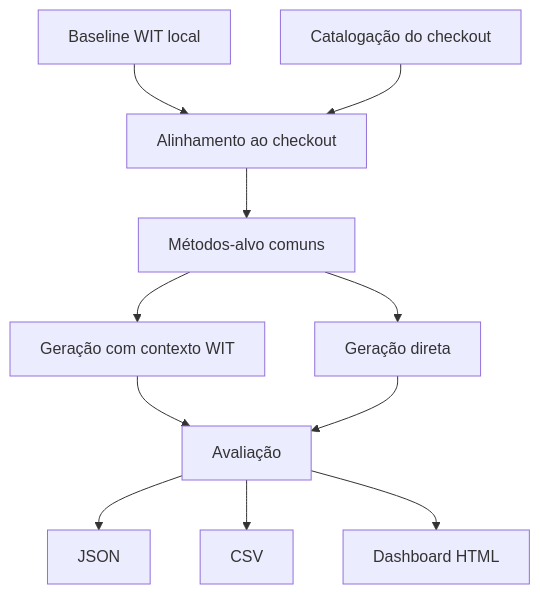
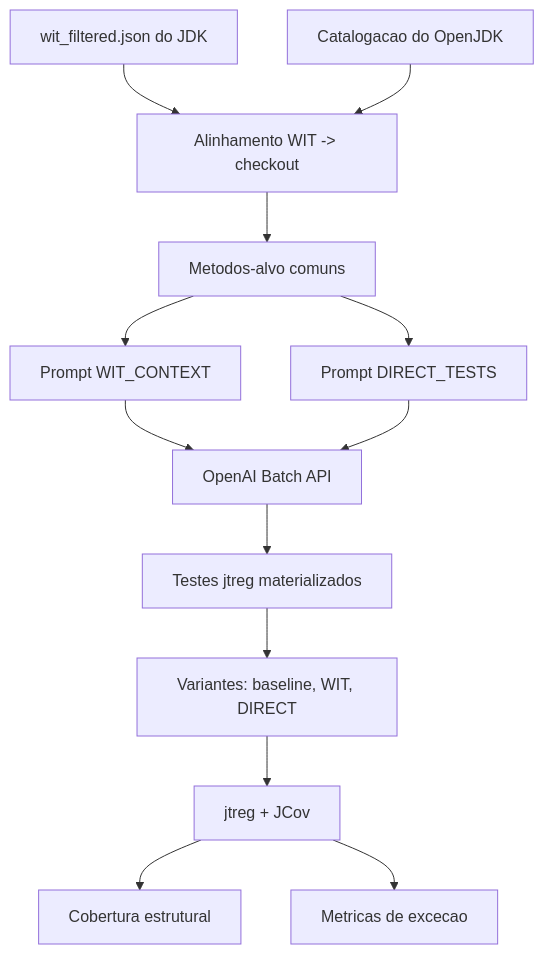
Before and after one commit to marcelomamorim/wit-llm: the diagram in docs/overview/index.md, drawn with Mermaid. The commit also changed other lines of this file and 34 other files, not shown here.

````diff
--- a/docs/overview/index.md
+++ b/docs/overview/index.md
@@ -25,13 +28,15 @@
 ```mermaid
 graph TD
-    A["Baseline WIT local"] --> B["Alinhamento ao checkout"]
-    C["Catalogação do checkout"] --> B
-    B --> D["Métodos-alvo comuns"]
-    D --> E["Geração com contexto WIT"]
-    D --> F["Geração direta"]
-    E --> G["Avaliação"]
+    A["wit_filtered.json do JDK"] --> B["Alinhamento WIT -> checkout"]
+    C["Catalogacao do OpenJDK"] --> B
+    B --> D["Metodos-alvo comuns"]
+    D --> E["Prompt WIT_CONTEXT"]
+    D --> F["Prompt DIRECT_TESTS"]
+    E --> G["OpenAI Batch API"]
     F --> G
-    G --> H["JSON"]
-    G --> I["CSV"]
-    G --> J["Dashboard HTML"]
+    G --> H["Testes jtreg materializados"]
+    H --> I["Variantes: baseline, WIT, DIRECT"]
+    I --> J["jtreg + JCov"]
+    J --> K["Cobertura estrutural"]
+    J --> L["Metricas de excecao"]
 ```
````
